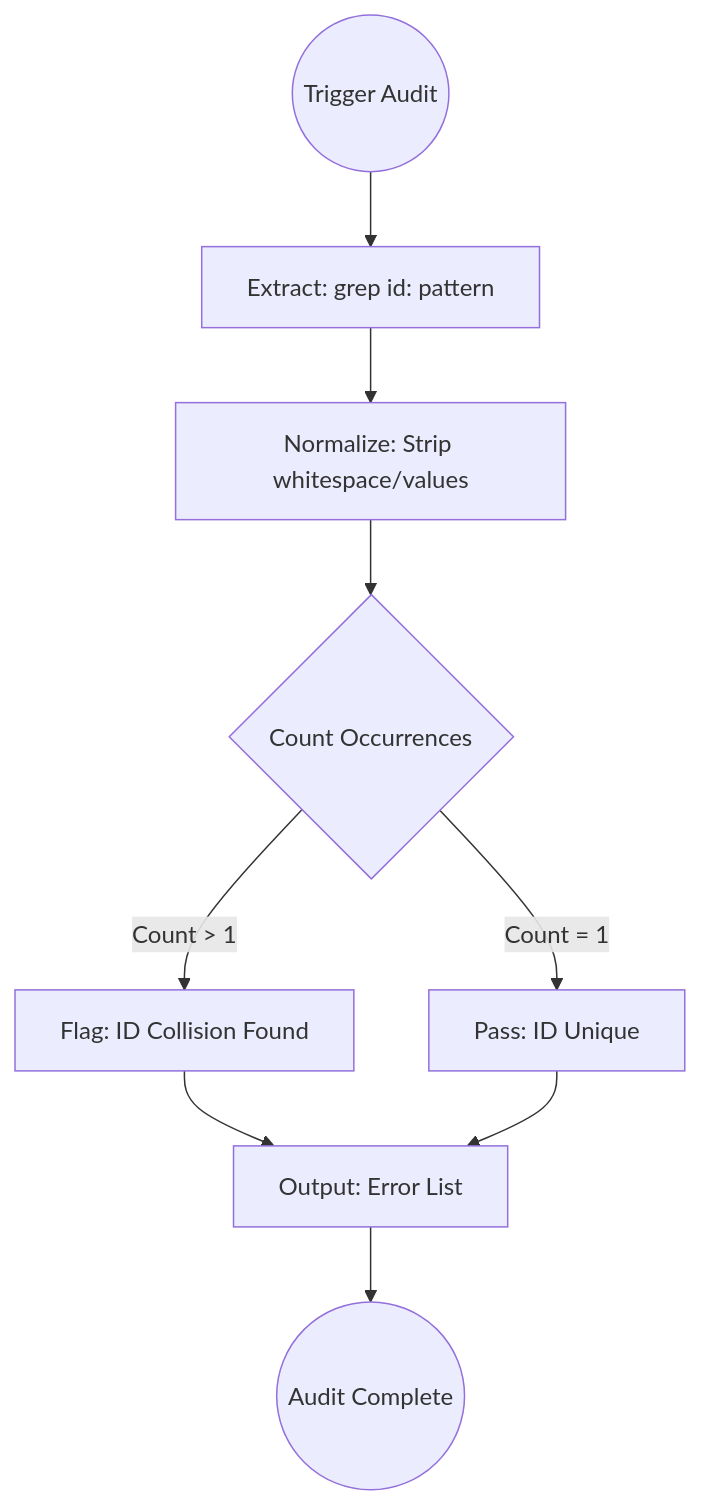
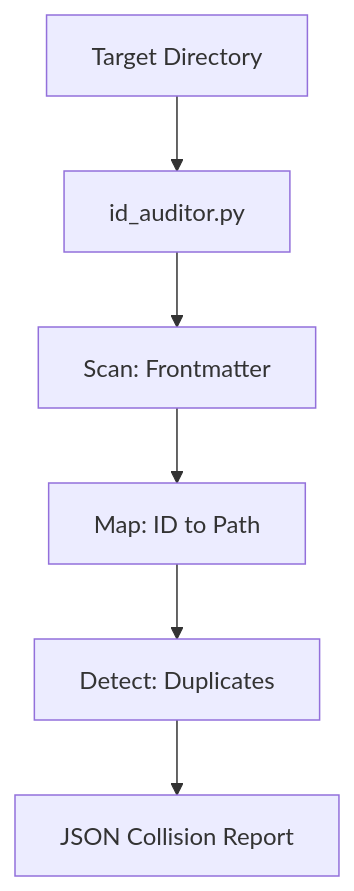
The diagram in skills/check-id-uniqueness.skill.md (Gizmo4Life/ai-kernel), drawn with Mermaid before and after one commit. The commit also changed other lines of this file and 5 other files, not shown here.

````diff
--- a/skills/check-id-uniqueness.skill.md
+++ b/skills/check-id-uniqueness.skill.md
@@ -23,11 +22,8 @@
 ```mermaid
 graph TD
-    Start((Trigger Audit)) --> Extract[Extract: grep id: pattern]
-    Extract --> Normalize[Normalize: Strip whitespace/values]
-    Normalize --> Count{Count Occurrences}
-    Count -->|Count > 1| Collision[Flag: ID Collision Found]
-    Count -->|Count = 1| Success[Pass: ID Unique]
-    Collision --> Report[Output: Error List]
-    Success --> Report
-    Report --> End((Audit Complete))
+    Input[Target Directory] --> Engine[id_auditor.py]
+    Engine --> Scan[Scan: Frontmatter]
+    Scan --> Map[Map: ID to Path]
+    Map --> Collision[Detect: Duplicates]
+    Collision --> Result[JSON Collision Report]
 ```
````
